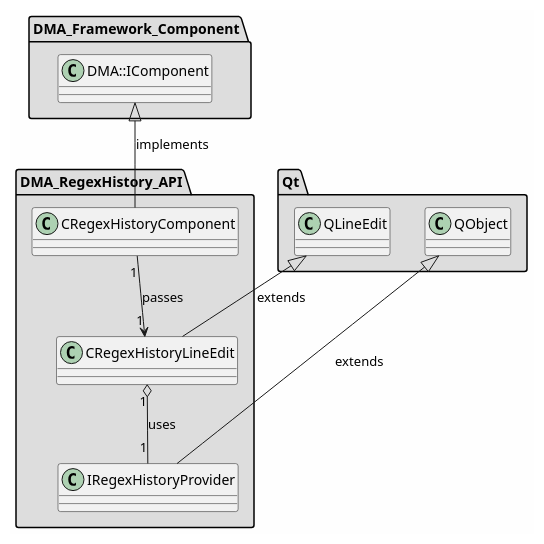
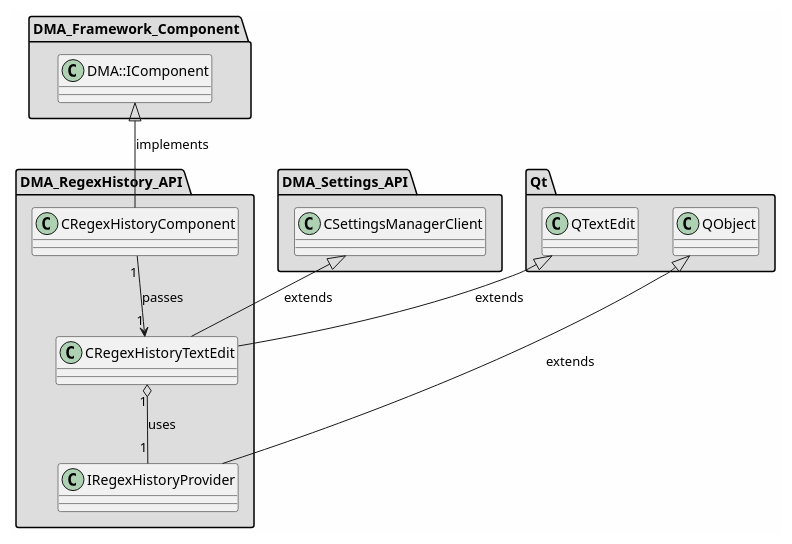
Before and after one commit to svlad-90/DLT-Message-Analyzer: the diagram in md/dev_docs/puml/DMA_RegexHistory_API_standalone.puml, drawn with PlantUML. The commit also changed 98 other files, not shown here.

```diff
--- a/md/dev_docs/puml/DMA_RegexHistory_API_standalone.puml
+++ b/md/dev_docs/puml/DMA_RegexHistory_API_standalone.puml
@@ -2,53 +2,63 @@
 @startuml
 
 skinparam backgroundColor #FEFEFE
 skinparam wrapWidth 600
 package "DMA_Framework_Component" #DDDDDD
 {
 
 class "DMA::IComponent"
 {
 }
 
 }
 
 package "DMA_RegexHistory_API" #DDDDDD
 {
 
 class "CRegexHistoryComponent"
 {
 }
 
-class "CRegexHistoryLineEdit"
+class "CRegexHistoryTextEdit"
 {
 }
 
 class "IRegexHistoryProvider"
 {
 }
 
 }
 
+package "DMA_Settings_API" #DDDDDD
+{
+
+class "CSettingsManagerClient"
+{
+}
+
+}
+
 package "Qt" #DDDDDD
 {
 
-class "QLineEdit"
+class "QObject"
 {
 }
 
-class "QObject"
+class "QTextEdit"
 {
 }
 
 }
 
 '====================Inheritance section====================
 DMA::IComponent <|-- CRegexHistoryComponent : implements
-QLineEdit <|-- CRegexHistoryLineEdit : extends
+CSettingsManagerClient <|-- CRegexHistoryTextEdit : extends
+QTextEdit <|-- CRegexHistoryTextEdit : extends
 QObject <|-- IRegexHistoryProvider : extends
 
 '====================Dependencies section====================
-CRegexHistoryComponent "1" --> "1" CRegexHistoryLineEdit : passes
-CRegexHistoryLineEdit "1" o-- "1" IRegexHistoryProvider : uses
+CRegexHistoryComponent "1" --> "1" CRegexHistoryTextEdit : passes
+CRegexHistoryTextEdit "1" o-- "1" IRegexHistoryProvider : uses
 
 @enduml
```
